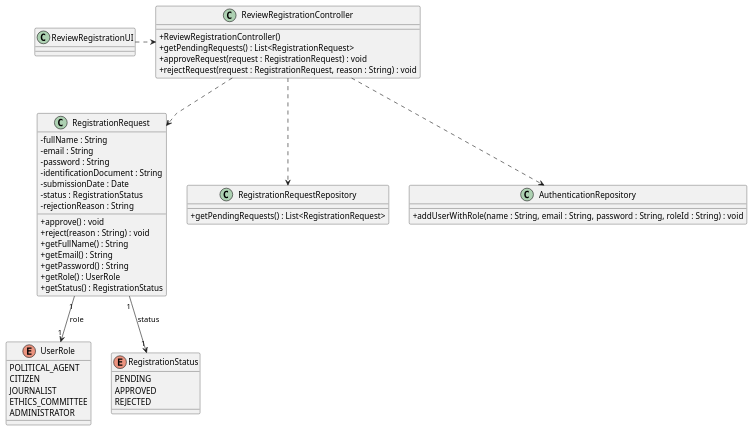
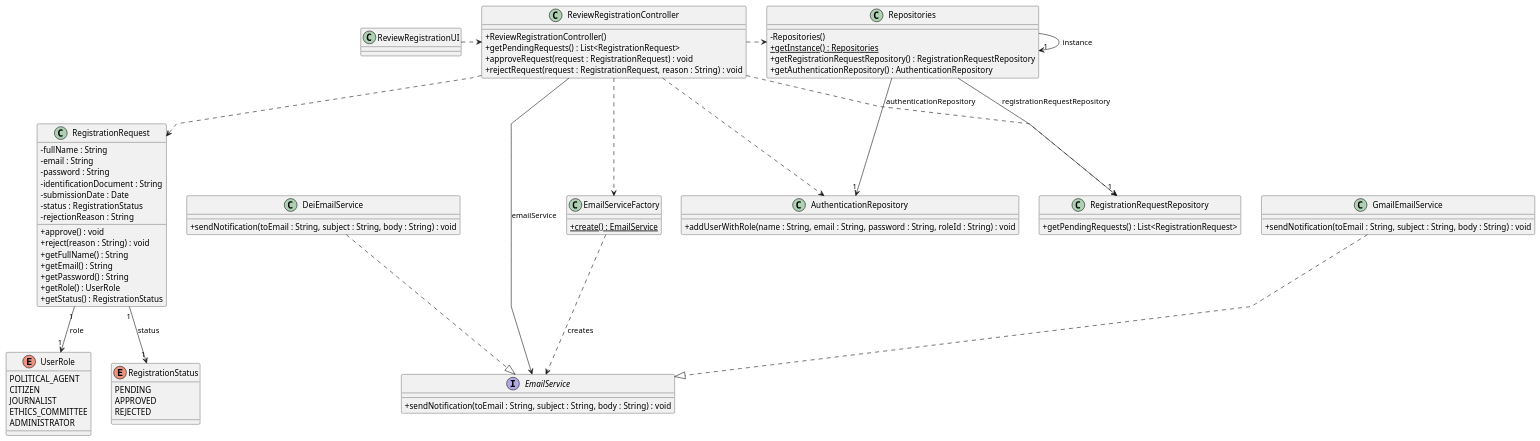
The diagram in docs/system-documentation/US02/03.design/puml/US02-CD.puml (brunodspinto/crystal-clear-platform), drawn with PlantUML before and after one commit. The commit also changed 11 other files, not shown here.

Commit message:
Updated design diagrams and svgs

```diff
--- a/docs/system-documentation/US02/03.design/puml/US02-CD.puml
+++ b/docs/system-documentation/US02/03.design/puml/US02-CD.puml
@@ -1,63 +1,95 @@
 @startuml US02-CD
 skinparam packageStyle rectangle
 skinparam shadowing false
 skinparam linetype polyline
 skinparam classAttributeIconSize 0
 
 class ReviewRegistrationUI {
 }
 
 class ReviewRegistrationController {
     + ReviewRegistrationController()
     + getPendingRequests() : List<RegistrationRequest>
     + approveRequest(request : RegistrationRequest) : void
     + rejectRequest(request : RegistrationRequest, reason : String) : void
 }
 
 class RegistrationRequest {
     - fullName : String
     - email : String
     - password : String
     - identificationDocument : String
     - submissionDate : Date
     - status : RegistrationStatus
     - rejectionReason : String
     + approve() : void
     + reject(reason : String) : void
     + getFullName() : String
     + getEmail() : String
     + getPassword() : String
     + getRole() : UserRole
     + getStatus() : RegistrationStatus
 }
 
 class RegistrationRequestRepository {
     + getPendingRequests() : List<RegistrationRequest>
 }
 
 class AuthenticationRepository {
     + addUserWithRole(name : String, email : String, password : String, roleId : String) : void
 }
 
+class Repositories {
+    - Repositories()
+    + {static} getInstance() : Repositories
+    + getRegistrationRequestRepository() : RegistrationRequestRepository
+    + getAuthenticationRepository() : AuthenticationRepository
+}
+
+interface EmailService {
+    + sendNotification(toEmail : String, subject : String, body : String) : void
+}
+
+class GmailEmailService {
+    + sendNotification(toEmail : String, subject : String, body : String) : void
+}
+
+class DeiEmailService {
+    + sendNotification(toEmail : String, subject : String, body : String) : void
+}
+
+class EmailServiceFactory {
+    + {static} create() : EmailService
+}
+
 enum UserRole {
     POLITICAL_AGENT
     CITIZEN
     JOURNALIST
     ETHICS_COMMITTEE
     ADMINISTRATOR
 }
 
 enum RegistrationStatus {
     PENDING
     APPROVED
     REJECTED
 }
 
 ReviewRegistrationUI .> ReviewRegistrationController
+ReviewRegistrationController .> Repositories
 ReviewRegistrationController ..> RegistrationRequestRepository
 ReviewRegistrationController ..> AuthenticationRepository
 ReviewRegistrationController ..> RegistrationRequest
+Repositories -> "1" Repositories : instance
+Repositories --> "1" RegistrationRequestRepository : registrationRequestRepository
+Repositories --> "1" AuthenticationRepository : authenticationRepository
+ReviewRegistrationController --> EmailService : emailService
+ReviewRegistrationController ..> EmailServiceFactory
+GmailEmailService ..|> EmailService
+DeiEmailService ..|> EmailService
+EmailServiceFactory ..> EmailService : creates
 RegistrationRequest "1" --> "1" UserRole : role
 RegistrationRequest "1" --> "1" RegistrationStatus : status
 
 @enduml
```
